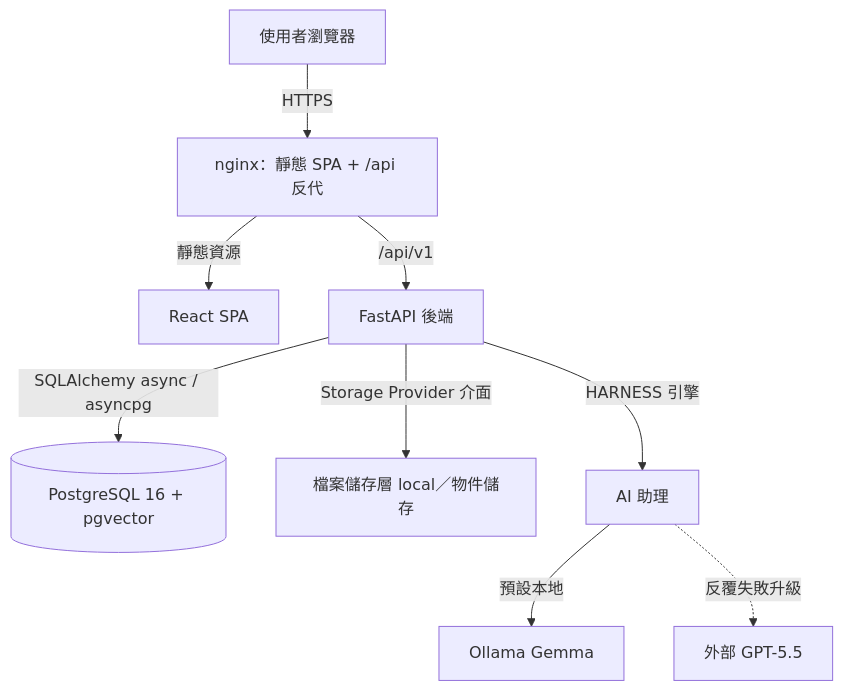
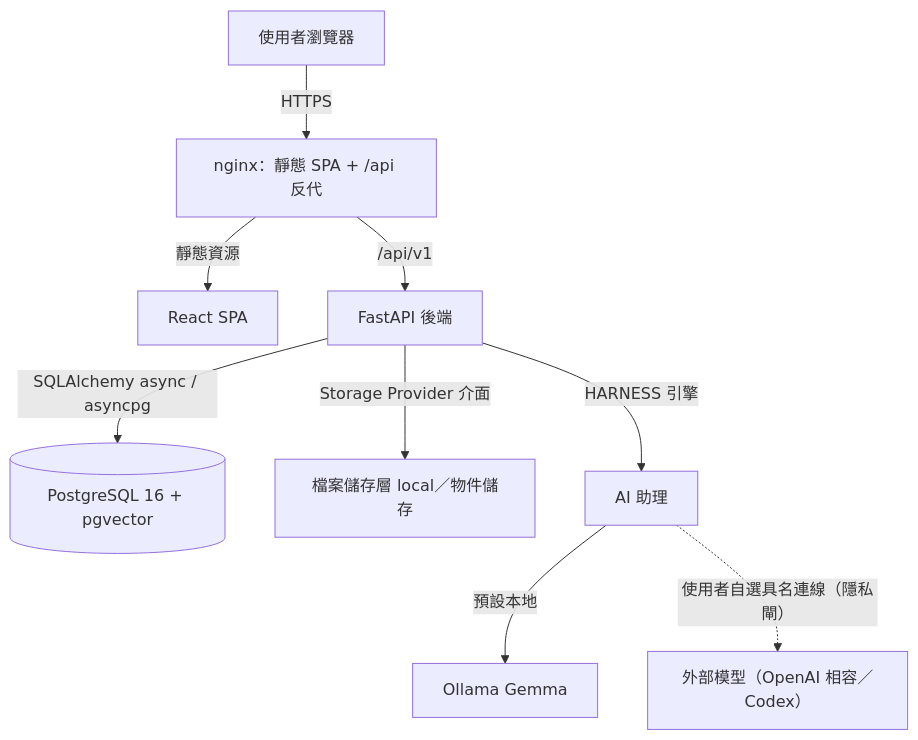
The first of 10 diagrams in doc/detailed-design.md (billwu101/CloudDrive), drawn with Mermaid before and after one commit. The commit also changed other lines of this file and 4 other files, not shown here.

````diff
--- a/doc/detailed-design.md
+++ b/doc/detailed-design.md
@@ -168,11 +168,11 @@
 ```mermaid
 graph TD
   U["使用者瀏覽器"] -->|HTTPS| NX["nginx：靜態 SPA + /api 反代"]
   NX -->|"靜態資源"| SPA["React SPA"]
   NX -->|"/api/v1"| BE["FastAPI 後端"]
   BE -->|"SQLAlchemy async / asyncpg"| PG[("PostgreSQL 16 + pgvector")]
   BE -->|"Storage Provider 介面"| ST["檔案儲存層 local／物件儲存"]
   BE -->|"HARNESS 引擎"| AS["AI 助理"]
   AS -->|"預設本地"| OL["Ollama Gemma"]
-  AS -.->|"反覆失敗升級"| EX["外部 GPT-5.5"]
+  AS -.->|"使用者自選具名連線（隱私閘）"| EX["外部模型（OpenAI 相容／Codex）"]
 ```
````
